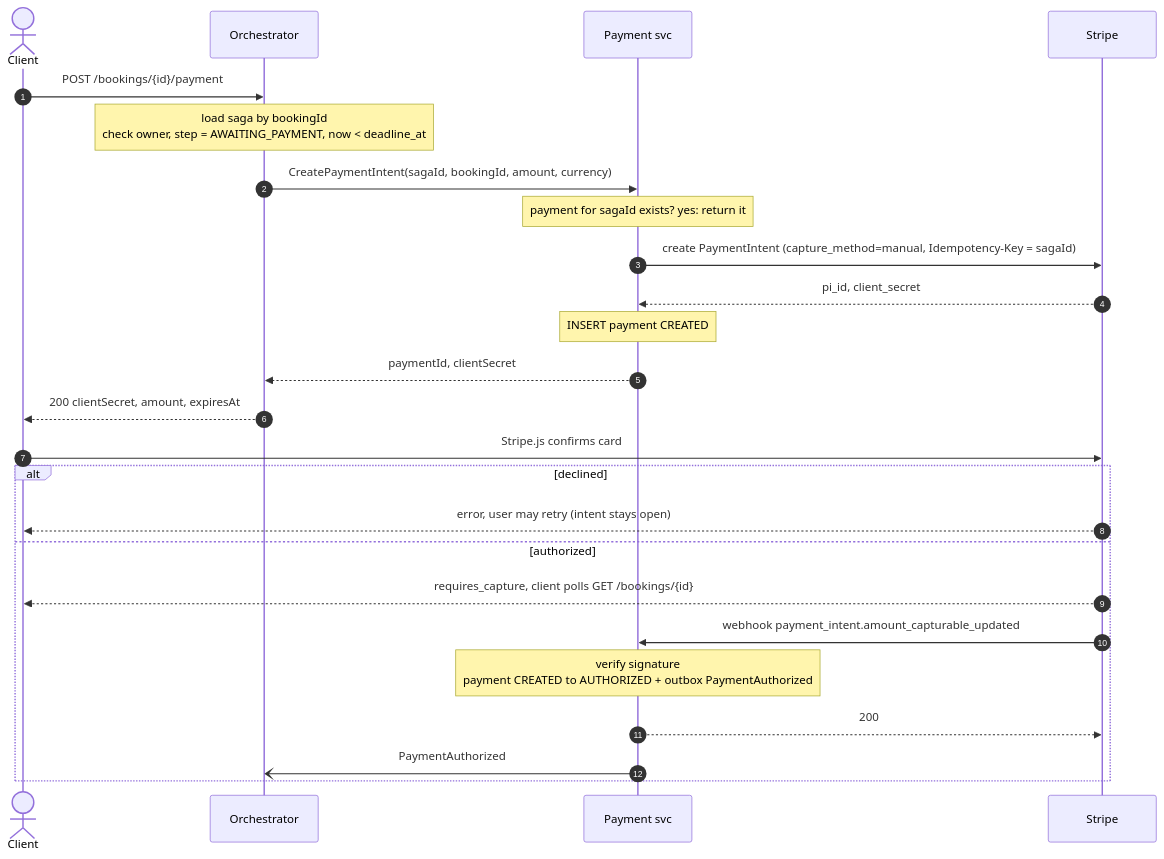
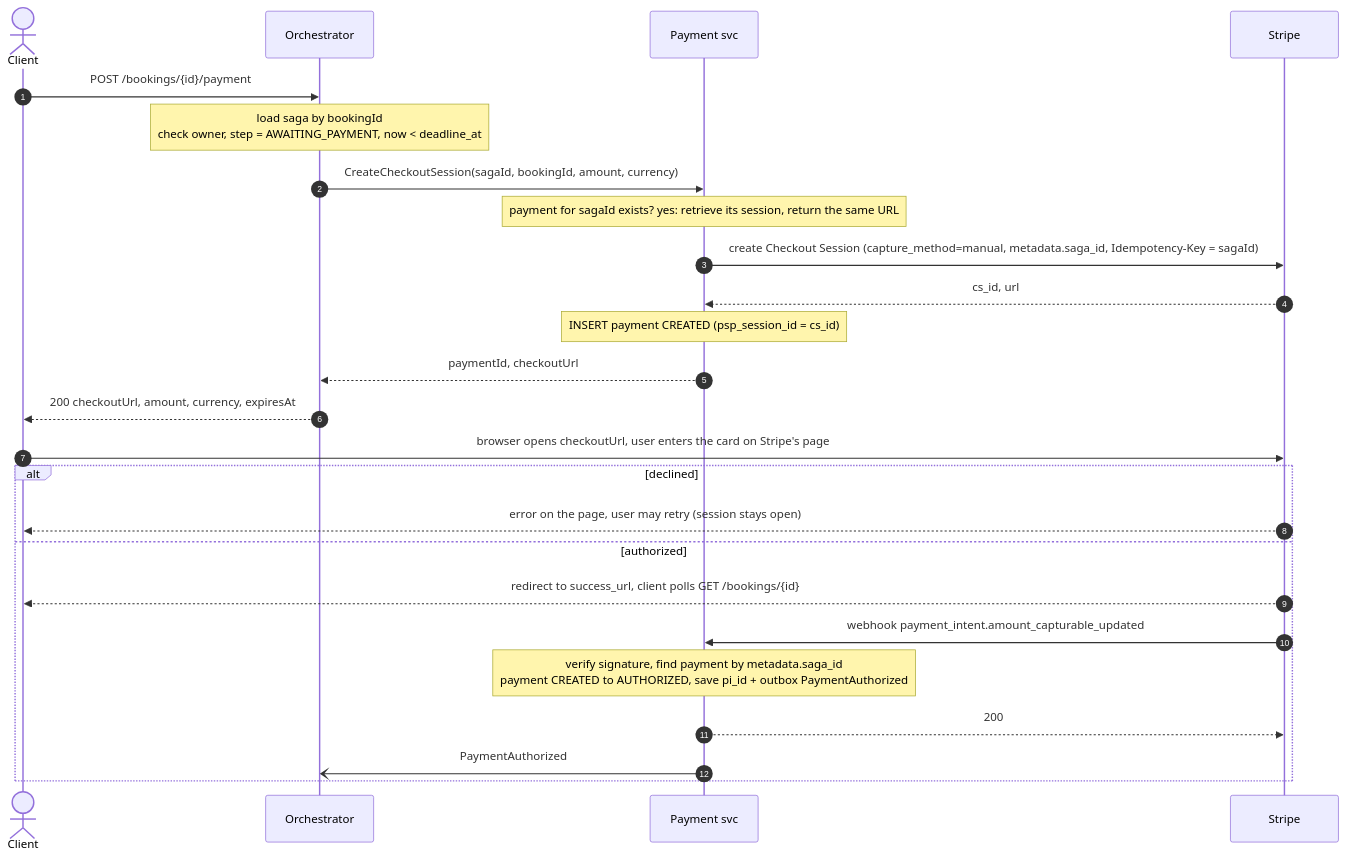
The second of 5 diagrams in doc/uc1-create-booking/flows.md (TranQuangPhong/hotel-booking-hexagon), drawn with Mermaid before and after one commit. The commit also changed other lines of this file and 31 other files, not shown here.

Commit message:
[Contract] booking and payment proto. [Plan] Update next plan

````diff
--- a/doc/uc1-create-booking/flows.md
+++ b/doc/uc1-create-booking/flows.md
@@ -46,29 +46,29 @@
 ```mermaid
 sequenceDiagram
     autonumber
     actor C as Client
     participant O as Orchestrator
     participant P as Payment svc
     participant S as Stripe
 
     C->>O: POST /bookings/{id}/payment
     Note over O: load saga by bookingId<br/>check owner, step = AWAITING_PAYMENT, now < deadline_at
-    O->>P: CreatePaymentIntent(sagaId, bookingId, amount, currency)
-    Note over P: payment for sagaId exists? yes: return it
-    P->>S: create PaymentIntent (capture_method=manual, Idempotency-Key = sagaId)
-    S-->>P: pi_id, client_secret
-    Note over P: INSERT payment CREATED
-    P-->>O: paymentId, clientSecret
-    O-->>C: 200 clientSecret, amount, expiresAt
+    O->>P: CreateCheckoutSession(sagaId, bookingId, amount, currency)
+    Note over P: payment for sagaId exists? yes: retrieve its session, return the same URL
+    P->>S: create Checkout Session (capture_method=manual, metadata.saga_id, Idempotency-Key = sagaId)
+    S-->>P: cs_id, url
+    Note over P: INSERT payment CREATED (psp_session_id = cs_id)
+    P-->>O: paymentId, checkoutUrl
+    O-->>C: 200 checkoutUrl, amount, currency, expiresAt
 
-    C->>S: Stripe.js confirms card
+    C->>S: browser opens checkoutUrl, user enters the card on Stripe's page
     alt declined
-        S-->>C: error, user may retry (intent stays open)
+        S-->>C: error on the page, user may retry (session stays open)
     else authorized
-        S-->>C: requires_capture, client polls GET /bookings/{id}
+        S-->>C: redirect to success_url, client polls GET /bookings/{id}
         S->>P: webhook payment_intent.amount_capturable_updated
-        Note over P: verify signature<br/>payment CREATED to AUTHORIZED + outbox PaymentAuthorized
+        Note over P: verify signature, find payment by metadata.saga_id<br/>payment CREATED to AUTHORIZED, save pi_id + outbox PaymentAuthorized
         P-->>S: 200
         P-)O: PaymentAuthorized
     end
 ```
````
